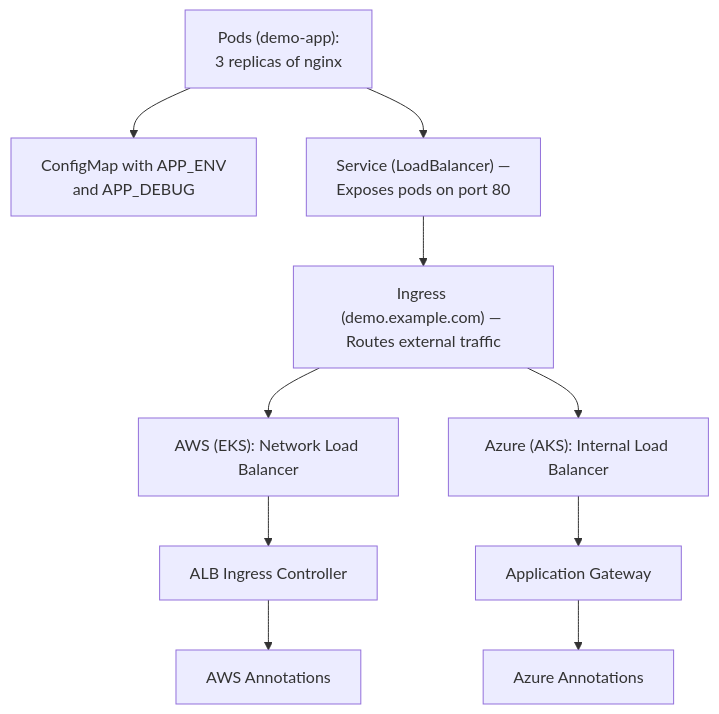
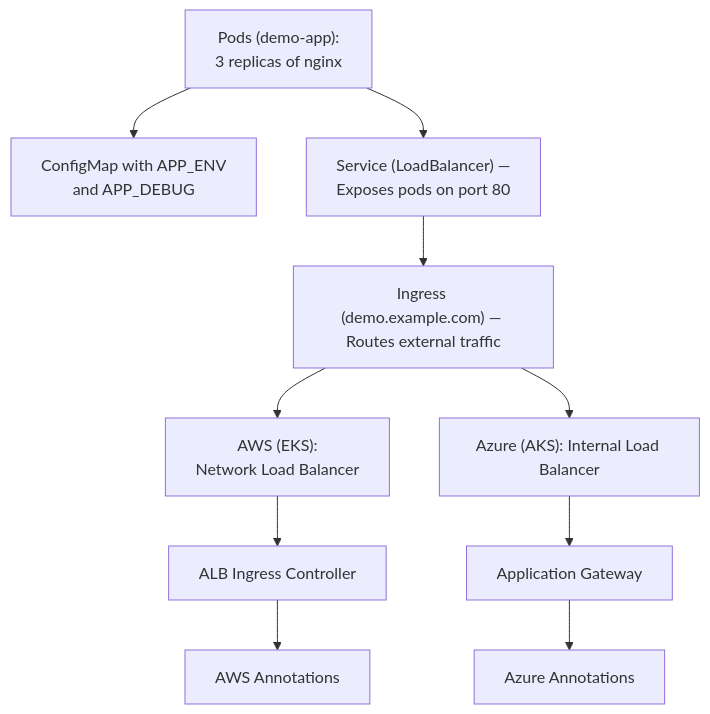
One commit to obintui10/kubernetes-multi-cloud-demo changed the diagram in README.md. Above: the diagram before and after it, drawn with Mermaid.

````diff
--- a/README.md
+++ b/README.md
@@ -98,18 +98,19 @@
 ```mermaid
 flowchart TB
     Pods["Pods (demo-app):
 3 replicas of nginx"] --> Config["ConfigMap with APP_ENV
 and APP_DEBUG"]
 
     Pods --> Service["Service (LoadBalancer) —
 Exposes pods on port 80"]
     Service --> Ingress["Ingress (demo.example.com) — Routes external traffic"]
 
-    Ingress --> AWS_NLB["AWS (EKS): Network Load Balancer"]
+    Ingress --> AWS_NLB["AWS (EKS):
+Network Load Balancer"]
     AWS_NLB --> AWS_ALB["ALB Ingress Controller"]
     AWS_ALB --> AWS_Anno["AWS Annotations"]
 
     Ingress --> Azure_ILB["Azure (AKS): Internal Load Balancer"]
     Azure_ILB --> Azure_AppGW["Application Gateway"]
     Azure_AppGW --> Azure_Anno["Azure Annotations"]
 ```
````
